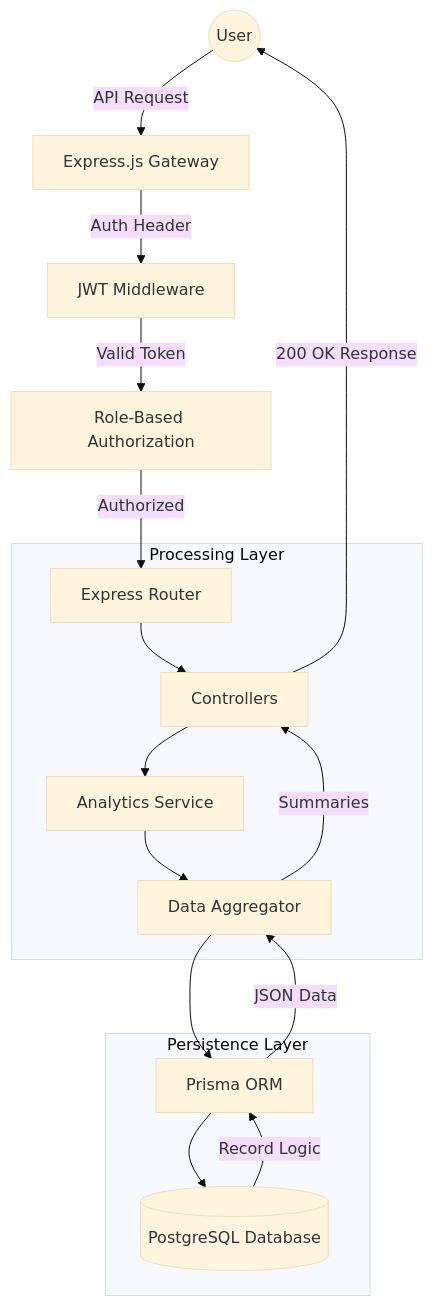
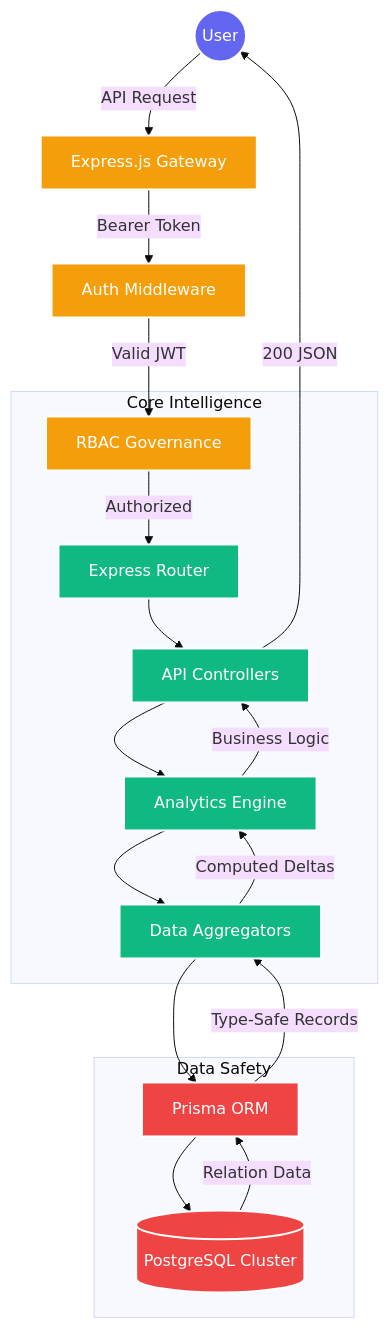
The first of 2 diagrams in backend/README.md (Tanmay24-ya/FinDash), drawn with Mermaid (base theme) before and after one commit. The commit also changed other lines of this file and 3 other files, not shown here.

````diff
--- a/backend/README.md
+++ b/backend/README.md
@@ -11,23 +19,30 @@
 ```mermaid
 graph TD
-    User((User)) -- API Request --> Express[Express.js Gateway]
-    Express -- Auth Header --> JWT[JWT Middleware]
-    JWT -- Valid Token --> RBAC[Role-Based Authorization]
-    RBAC -- Authorized --> Router[Express Router]
+    %% Define styles
+    classDef user fill:#6366f1,stroke:#fff,stroke-width:2px,color:#fff;
+    classDef gate fill:#f59e0b,stroke:#fff,stroke-width:2px,color:#fff;
+    classDef logic fill:#10b981,stroke:#fff,stroke-width:2px,color:#fff;
+    classDef data fill:#ef4444,stroke:#fff,stroke-width:2px,color:#fff;
+
+    U((User)):::user -- API Request --> G[Express.js Gateway]:::gate
+    G -- Bearer Token --> AM[Auth Middleware]:::gate
+    AM -- Valid JWT --> RBAC[RBAC Governance]:::gate
     
-    subgraph "Processing Layer"
-        Router --> Ctrl[Controllers]
-        Ctrl --> Svc[Analytics Service]
-        Svc --> Aggregator[Data Aggregator]
+    subgraph Processing_Layer [Core Intelligence]
+        RBAC -- Authorized --> CR[Express Router]:::logic
+        CR --> CTRL[API Controllers]:::logic
+        CTRL --> SVC[Analytics Engine]:::logic
+        SVC --> AGG[Data Aggregators]:::logic
     end
     
-    subgraph "Persistence Layer"
-        Aggregator --> Prisma[Prisma ORM]
-        Prisma --> DB[(PostgreSQL Database)]
+    subgraph Persistence_Layer [Data Safety]
+        AGG --> PRISMA[Prisma ORM]:::data
+        PRISMA --> PGSQL[(PostgreSQL Cluster)]:::data
     end
-    
-    DB -- Record Logic --> Prisma
-    Prisma -- JSON Data --> Aggregator
-    Aggregator -- Summaries --> Ctrl
-    Ctrl -- 200 OK Response --> User
+
+    PGSQL -- Relation Data --> PRISMA
+    PRISMA -- Type-Safe Records --> AGG
+    AGG -- Computed Deltas --> SVC
+    SVC -- Business Logic --> CTRL
+    CTRL -- 200 JSON --> U
 ```
````
